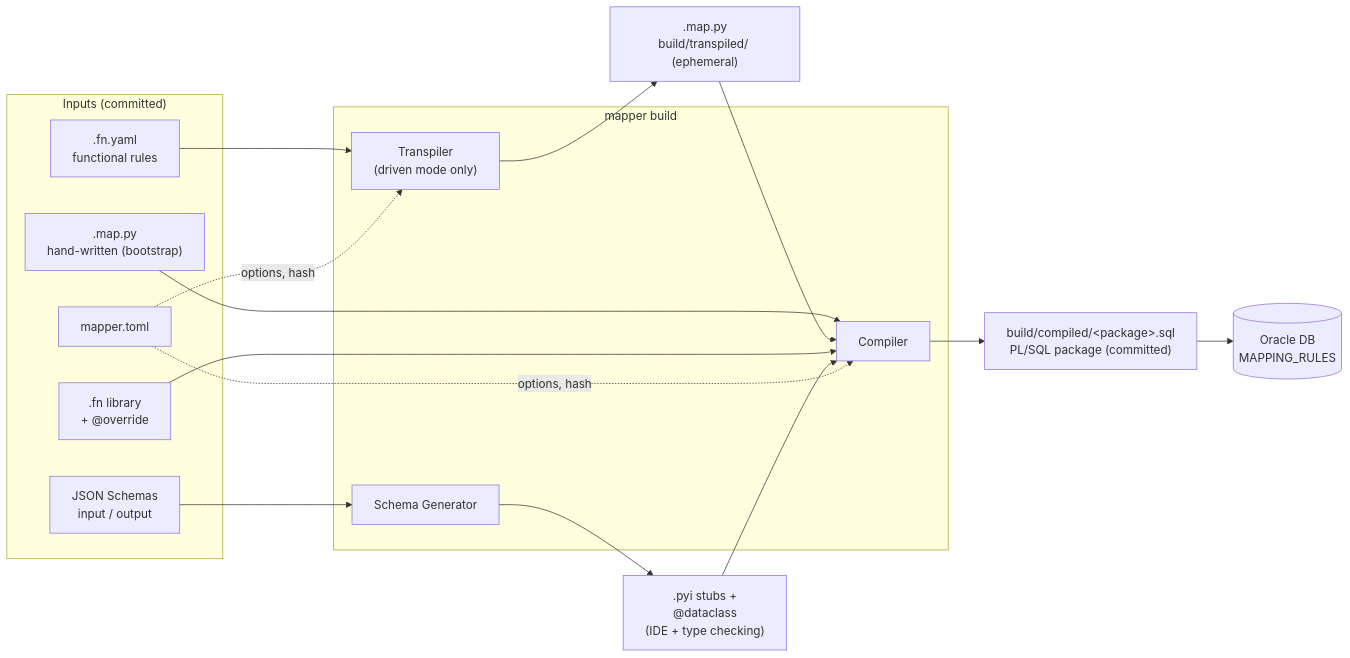
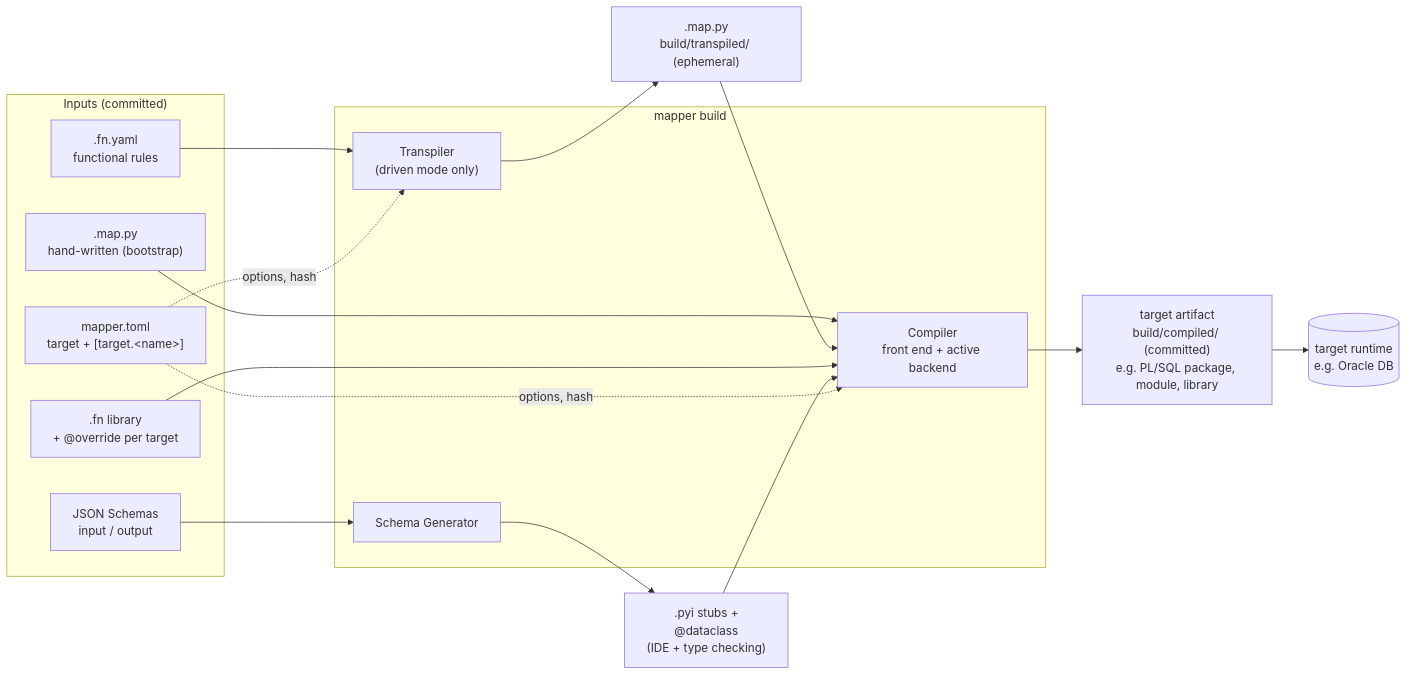
One commit to elegos/json2json-mapping-engine changed the first of 7 diagrams in docs/ARCHITECTURE.md. Above: the diagram before and after it, drawn with Mermaid. The commit also changed other lines of this file and 1 other file, not shown here.

Commit message:
docs: make HLD diagrams target-agnostic; add Target backends section; backlog item for backend dispatch

````diff
--- a/docs/ARCHITECTURE.md
+++ b/docs/ARCHITECTURE.md
@@ -25,27 +33,27 @@
 ```mermaid
 flowchart LR
     subgraph inputs["Inputs (committed)"]
         FNY[".fn.yaml<br/>functional rules"]
         MAPPY_H[".map.py<br/>hand-written (bootstrap)"]
-        FN[".fn library<br/>+ @override"]
+        FN[".fn library<br/>+ @override per target"]
         SCH["JSON Schemas<br/>input / output"]
-        TOML["mapper.toml"]
+        TOML["mapper.toml<br/>target + [target.&lt;name&gt;]"]
     end
 
     subgraph build["mapper build"]
         TR["Transpiler<br/>(driven mode only)"]
         GEN["Schema Generator"]
-        COMP["Compiler"]
+        COMP["Compiler<br/>front end + active backend"]
     end
 
     FNY --> TR --> MAPPY_G[".map.py<br/>build/transpiled/ (ephemeral)"]
     SCH --> GEN --> STUBS[".pyi stubs +<br/>@dataclass<br/>(IDE + type checking)"]
     MAPPY_H --> COMP
     MAPPY_G --> COMP
     FN --> COMP
     STUBS --> COMP
     TOML -.->|options, hash| TR
     TOML -.->|options, hash| COMP
-    COMP --> SQL["build/compiled/&lt;package&gt;.sql<br/>PL/SQL package (committed)"]
-    SQL --> DEPLOY[("Oracle DB<br/>MAPPING_RULES")]
+    COMP --> ART["target artifact<br/>build/compiled/ (committed)<br/>e.g. PL/SQL package, module, library"]
+    ART --> DEPLOY[("target runtime<br/>e.g. Oracle DB")]
 ```
````
